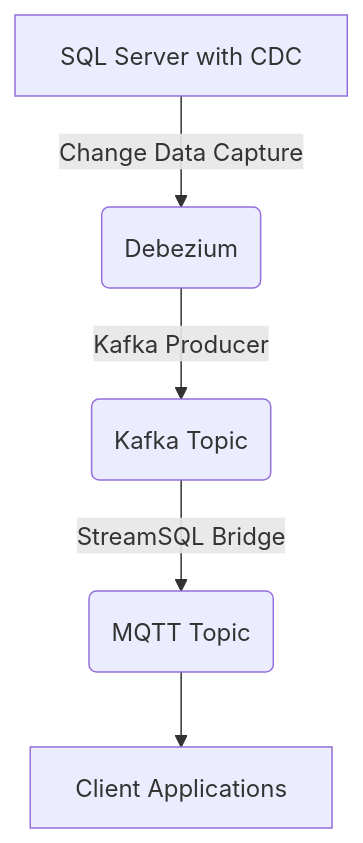
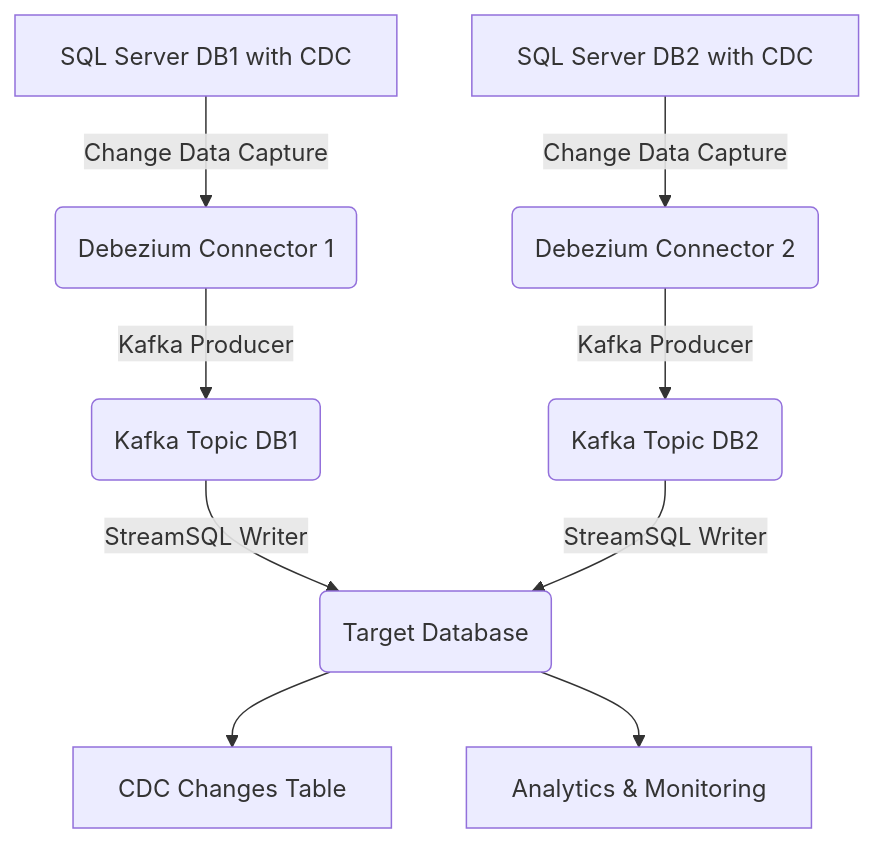
Before and after one commit to Leptons1618/StreamSQL: the diagram in README.md, drawn with Mermaid. The commit also changed other lines of this file and 14 other files, not shown here.

First line of the commit message:
feat: Implement Kafka to Database Writer and StreamSQL Management

````diff
--- a/README.md
+++ b/README.md
@@ -40,7 +53,11 @@
 ```mermaid
 graph TD;
-    A[SQL Server with CDC] -->|Change Data Capture| B(Debezium);
-    B -->|Kafka Producer| C(Kafka Topic);
-    C -->|StreamSQL Bridge| D(MQTT Topic);
-    D --> E[Client Applications];
+    A[SQL Server DB1 with CDC] -->|Change Data Capture| B(Debezium Connector 1);
+    C[SQL Server DB2 with CDC] -->|Change Data Capture| D(Debezium Connector 2);
+    B -->|Kafka Producer| E(Kafka Topic DB1);
+    D -->|Kafka Producer| F(Kafka Topic DB2);
+    E -->|StreamSQL Writer| G(Target Database);
+    F -->|StreamSQL Writer| G;
+    G --> H[CDC Changes Table];
+    G --> I[Analytics & Monitoring];
 ```
````
